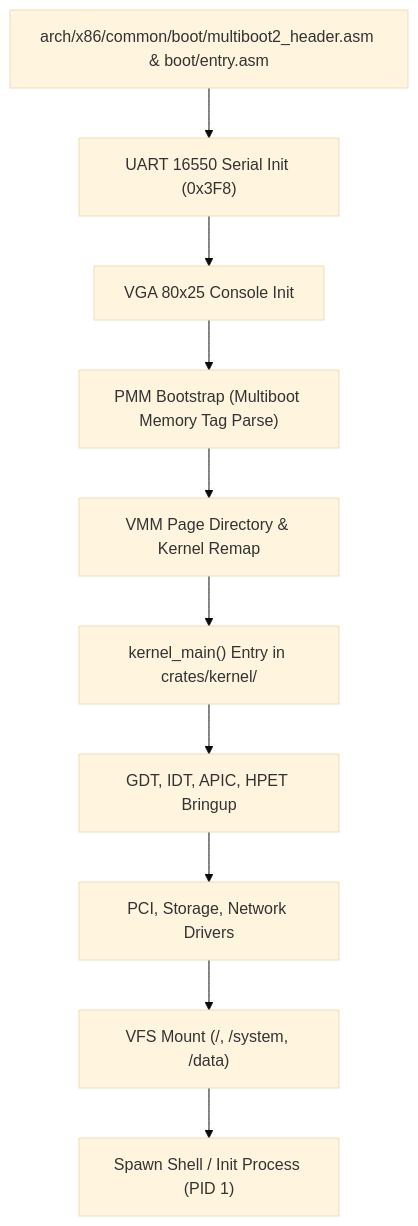
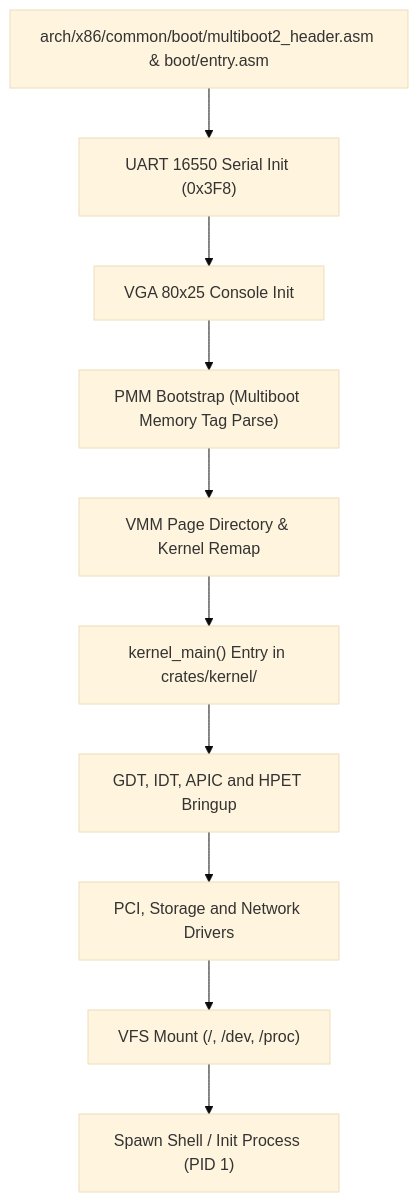
The diagram in docs/kernel/boot/early_bringup.md (mrvlous/keira), drawn with Mermaid (base theme) before and after one commit. The commit also changed 17 other files, not shown here.

````diff
--- a/docs/kernel/boot/early_bringup.md
+++ b/docs/kernel/boot/early_bringup.md
@@ -11,12 +11,12 @@
 ```mermaid
 graph TD
     BootASM["arch/x86/common/boot/multiboot2_header.asm & boot/entry.asm"] --> EarlySerial["UART 16550 Serial Init (0x3F8)"]
     EarlySerial --> EarlyVGA["VGA 80x25 Console Init"]
     EarlyVGA --> PMMBoot["PMM Bootstrap (Multiboot Memory Tag Parse)"]
     PMMBoot --> VMMInit["VMM Page Directory & Kernel Remap"]
     VMMInit --> RustMain["kernel_main() Entry in crates/kernel/"]
-    RustMain --> CoreSubsystems["GDT, IDT, APIC, HPET Bringup"]
-    CoreSubsystems --> DriversInit["PCI, Storage, Network Drivers"]
-    DriversInit --> VFSInit["VFS Mount (/, /system, /data)"]
+    RustMain --> CoreSubsystems["GDT, IDT, APIC and HPET Bringup"]
+    CoreSubsystems --> DriversInit["PCI, Storage and Network Drivers"]
+    DriversInit --> VFSInit["VFS Mount (/, /dev, /proc)"]
     VFSInit --> ShellTask["Spawn Shell / Init Process (PID 1)"]
 ```
````
